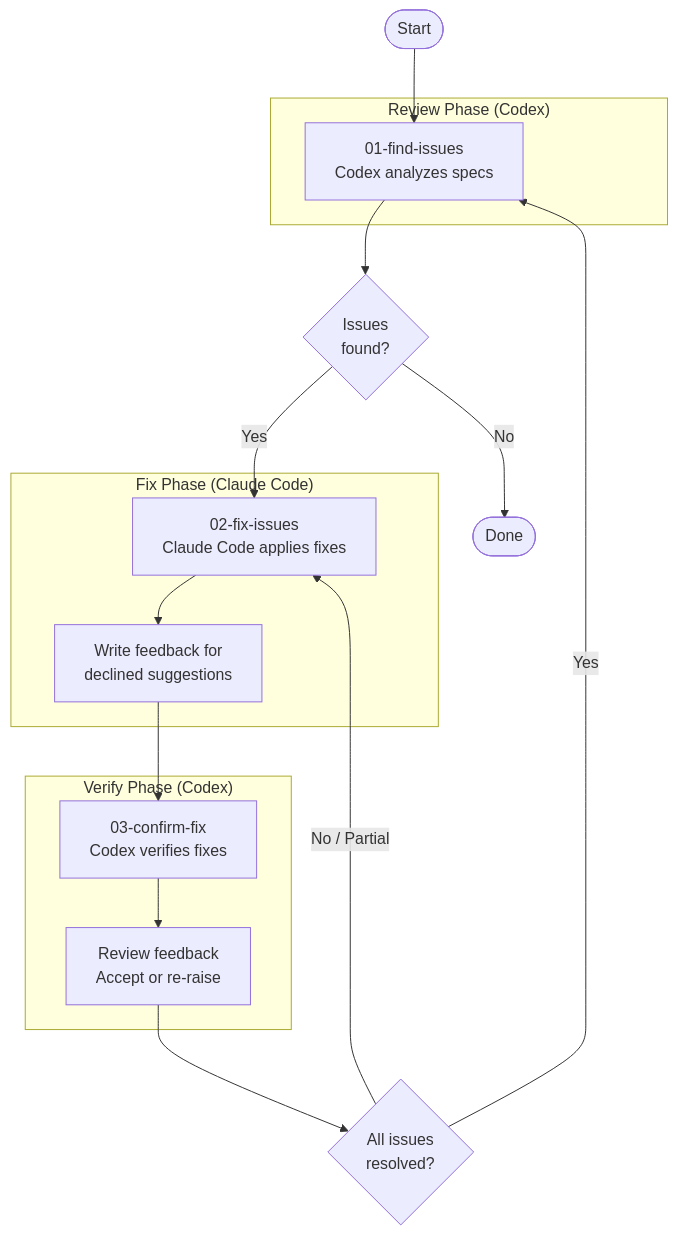
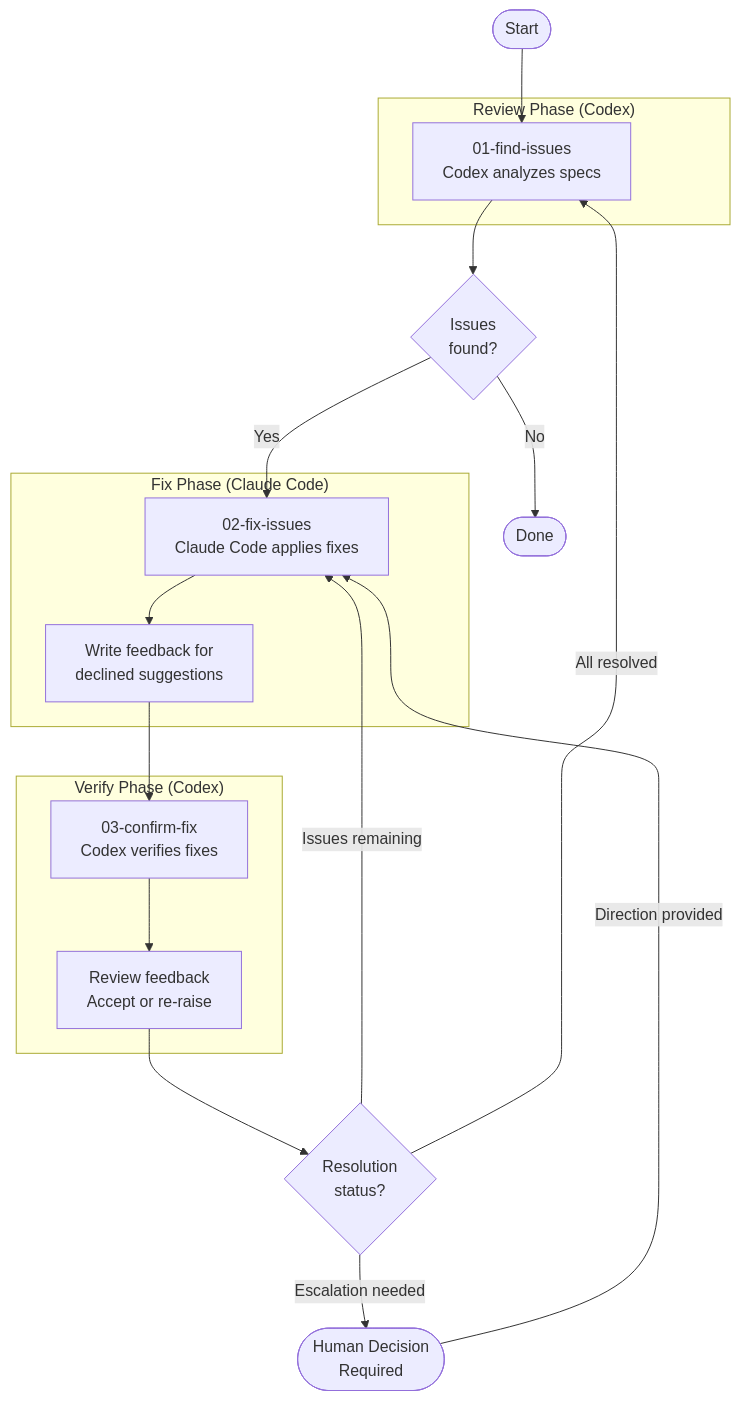
The diagram in docs/en/spec-review-loop/architect/spec-review-loop.md (bianbianzhu/claude-code-utilities), drawn with Mermaid before and after one commit. The commit also changed other lines of this file, not shown here.

Commit message:
📝 docs: update spec review loop to include escalation process for unresolved issues
- Modified the flowchart to clarify resolution status, introducing an escalation step for issues requiring human decision-making.
- Updated the confirmation step to include handling of escalated items, ensuring a comprehensive approach to issue resolution.
- Enhanced clarity in the documentation to guide users through the revised review process, improving overall usability and compliance.

````diff
--- a/docs/en/spec-review-loop/architect/spec-review-loop.md
+++ b/docs/en/spec-review-loop/architect/spec-review-loop.md
@@ -7,28 +7,30 @@
 ```mermaid
 flowchart TD
     START([Start]) --> FIND
 
     subgraph REVIEW ["Review Phase (Codex)"]
         FIND[01-find-issues<br/>Codex analyzes specs]
     end
 
     FIND --> ISSUES{Issues<br/>found?}
     ISSUES -->|No| DONE([Done])
     ISSUES -->|Yes| FIX
 
     subgraph FIXING ["Fix Phase (Claude Code)"]
         FIX[02-fix-issues<br/>Claude Code applies fixes]
         FIX --> FEEDBACK[Write feedback for<br/>declined suggestions]
     end
 
     FEEDBACK --> CONFIRM
 
     subgraph VERIFY ["Verify Phase (Codex)"]
         CONFIRM[03-confirm-fix<br/>Codex verifies fixes]
         CONFIRM --> REVIEW_FB[Review feedback<br/>Accept or re-raise]
     end
 
-    REVIEW_FB --> FIXED{All issues<br/>resolved?}
-    FIXED -->|No / Partial| FIX
-    FIXED -->|Yes| FIND
+    REVIEW_FB --> FIXED{Resolution<br/>status?}
+    FIXED -->|Issues remaining| FIX
+    FIXED -->|Escalation needed| ESCALATE([Human Decision<br/>Required])
+    ESCALATE -->|Direction provided| FIX
+    FIXED -->|All resolved| FIND
 ```
````
